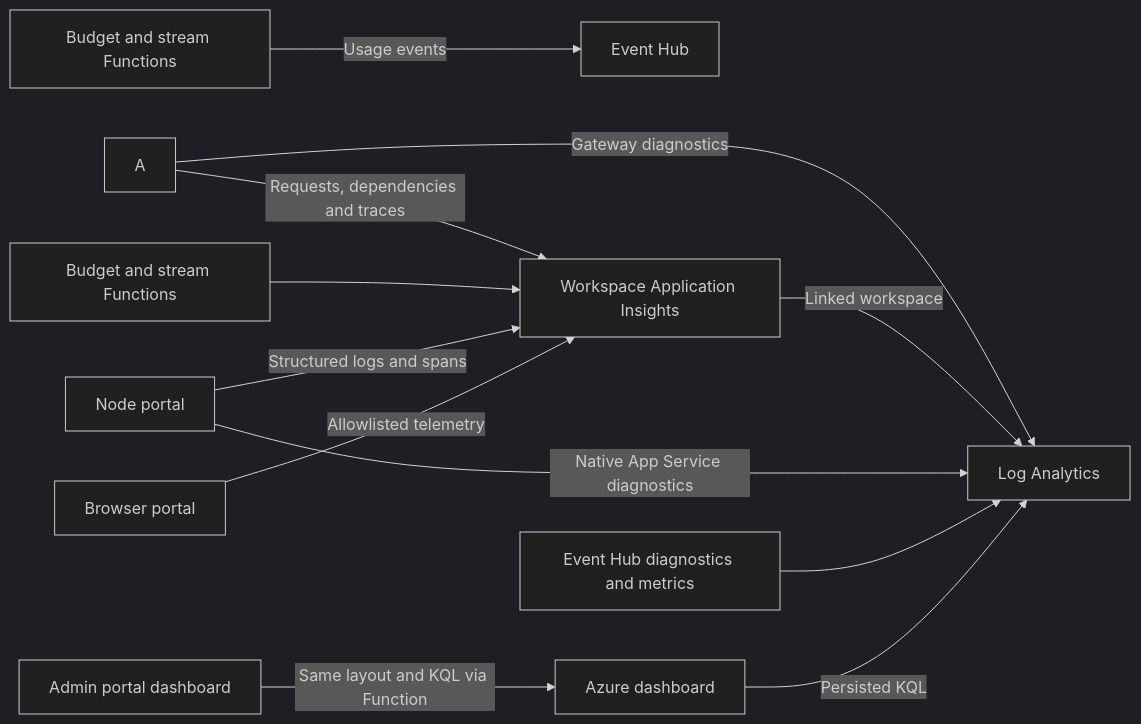
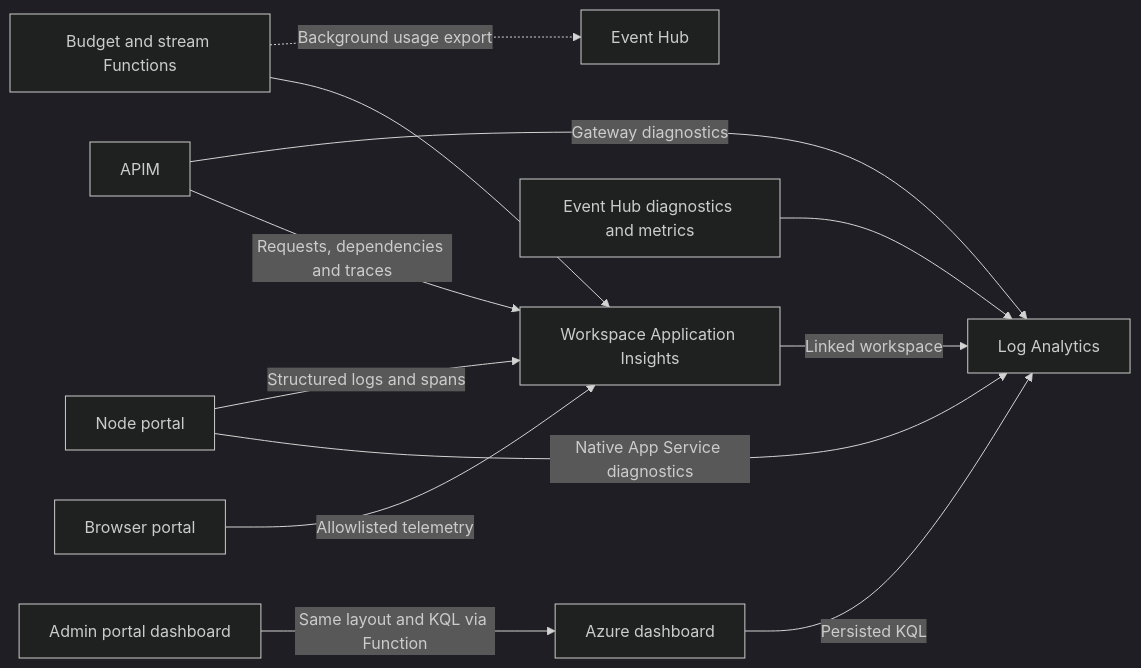
The diagram in docs/observability.md (jordanbean-msft/apim-rate-limit-foundry), drawn with Mermaid (dark theme) before and after one commit. The commit also changed other lines of this file and 25 other files, not shown here.

````diff
--- a/docs/observability.md
+++ b/docs/observability.md
@@ -10,14 +15,14 @@
 ```mermaid
 flowchart LR
-    F2[Budget and stream Functions] -->|Usage events| E[Event Hub]
-    A -->|Gateway diagnostics| W[Log Analytics]
+    F[Budget and stream Functions] -.->|Background usage export| E[Event Hub]
+    A[APIM] -->|Gateway diagnostics| W[Log Analytics]
     A -->|Requests, dependencies and traces| I[Workspace Application Insights]
     F[Budget and stream Functions] --> I[Workspace Application Insights]
     I -->|Linked workspace| W
     N[Node portal] -->|Structured logs and spans| I
     B[Browser portal] -->|Allowlisted telemetry| I
     N -->|Native App Service diagnostics| W
     H[Event Hub diagnostics and metrics] --> W
     D[Azure dashboard] -->|Persisted KQL| W
     P[Admin portal dashboard] -->|Same layout and KQL via Function| D
 ```
````
